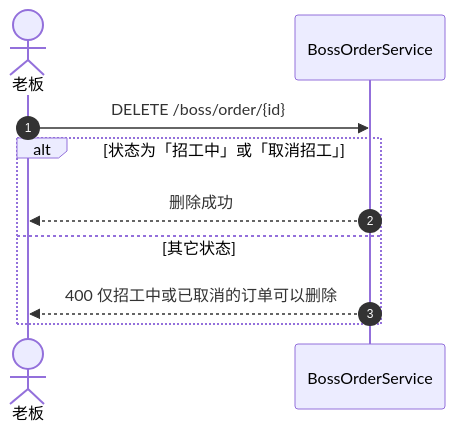
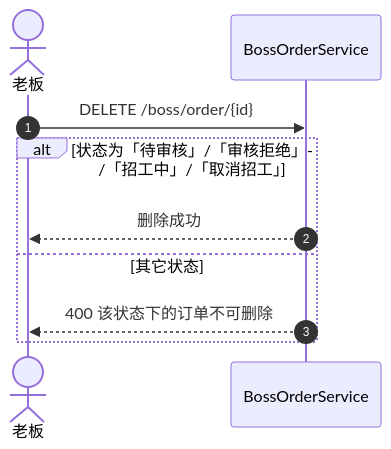
One commit to liuli-eng/Kuaima changed the ninth of 28 diagrams in kuaima_backend/FLOW.md. Above: the diagram before and after it, drawn with Mermaid. The commit also changed other lines of this file and 33 other files, not shown here.

````diff
--- a/kuaima_backend/FLOW.md
+++ b/kuaima_backend/FLOW.md
@@ -194,13 +241,13 @@
 ```mermaid
 sequenceDiagram
     autonumber
     actor B as 老板
     participant BE as BossOrderService
 
     B->>BE: DELETE /boss/order/{id}
-    alt 状态为「招工中」或「取消招工」
+    alt 状态为「待审核」/「审核拒绝」/「招工中」/「取消招工」
         BE-->>B: 删除成功
     else 其它状态
-        BE-->>B: 400 仅招工中或已取消的订单可以删除
+        BE-->>B: 400 该状态下的订单不可删除
     end
 ```
````
